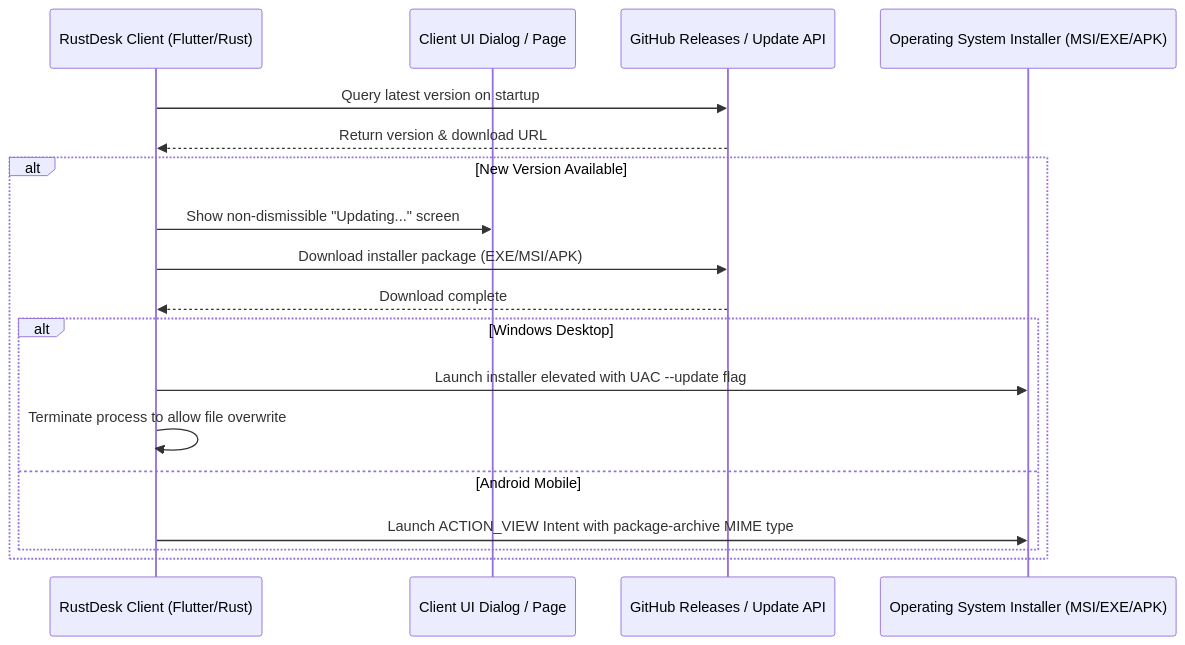
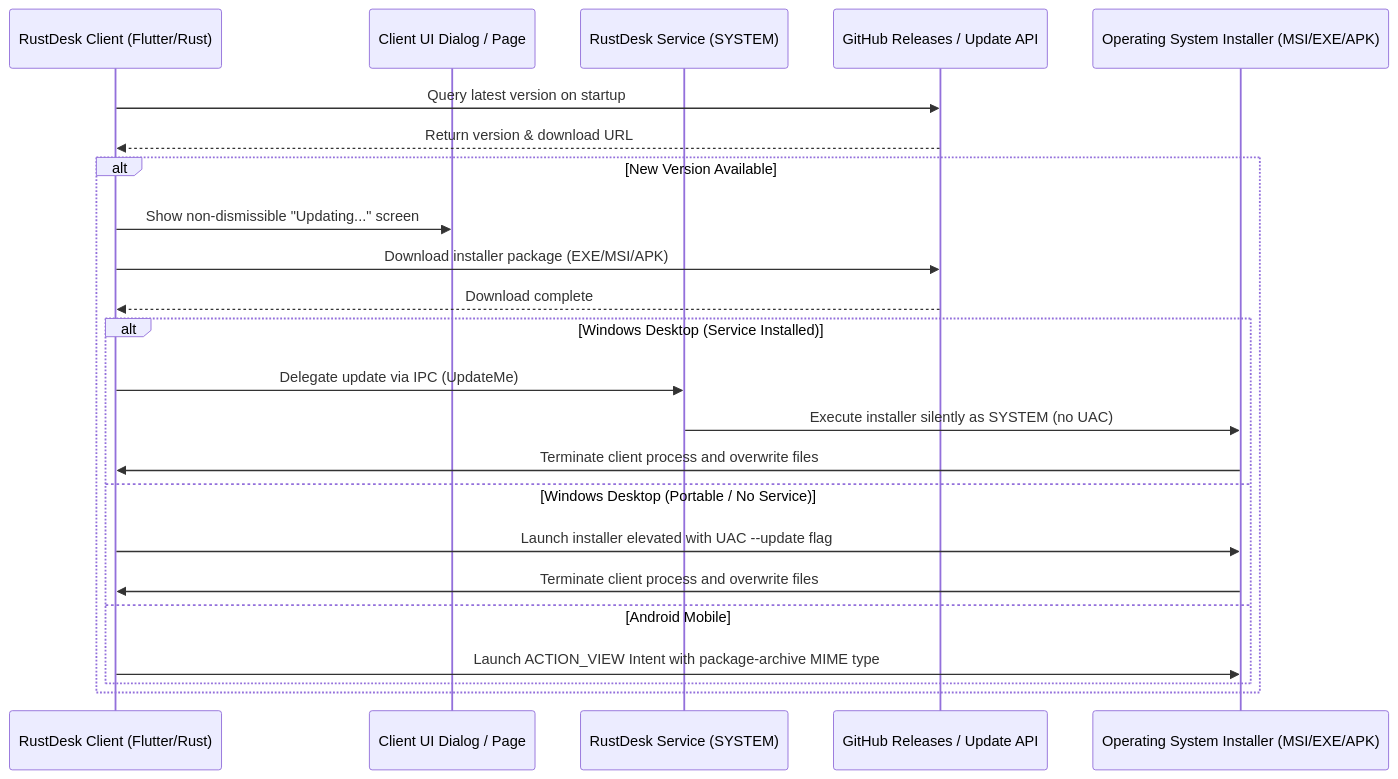
One commit to klarnet2009/rustdesk changed the third of 3 diagrams in docs/architecture/data-flow.md. Above: the diagram before and after it, drawn with Mermaid. The commit also changed other lines of this file and 2 other files, not shown here.

Commit message:
feat(update): delegate client update execution to background service via IPC when service is running to bypass UAC prompts

````diff
--- a/docs/architecture/data-flow.md
+++ b/docs/architecture/data-flow.md
@@ -52,21 +95,26 @@
 ```mermaid
 sequenceDiagram
     participant Client as RustDesk Client (Flutter/Rust)
     participant UI as Client UI Dialog / Page
+    participant Service as RustDesk Service (SYSTEM)
     participant Server as GitHub Releases / Update API
     participant OS as Operating System Installer (MSI/EXE/APK)
 
     Client->>Server: Query latest version on startup
     Server-->>Client: Return version & download URL
     alt New Version Available
         Client->>UI: Show non-dismissible "Updating..." screen
         Client->>Server: Download installer package (EXE/MSI/APK)
         Server-->>Client: Download complete
-        alt Windows Desktop
+        alt Windows Desktop (Service Installed)
+            Client->>Service: Delegate update via IPC (UpdateMe)
+            Service->>OS: Execute installer silently as SYSTEM (no UAC)
+            OS->>Client: Terminate client process and overwrite files
+        else Windows Desktop (Portable / No Service)
             Client->>OS: Launch installer elevated with UAC --update flag
-            Client->>Client: Terminate process to allow file overwrite
+            OS->>Client: Terminate client process and overwrite files
         else Android Mobile
             Client->>OS: Launch ACTION_VIEW Intent with package-archive MIME type
         end
     end
 ```
````
